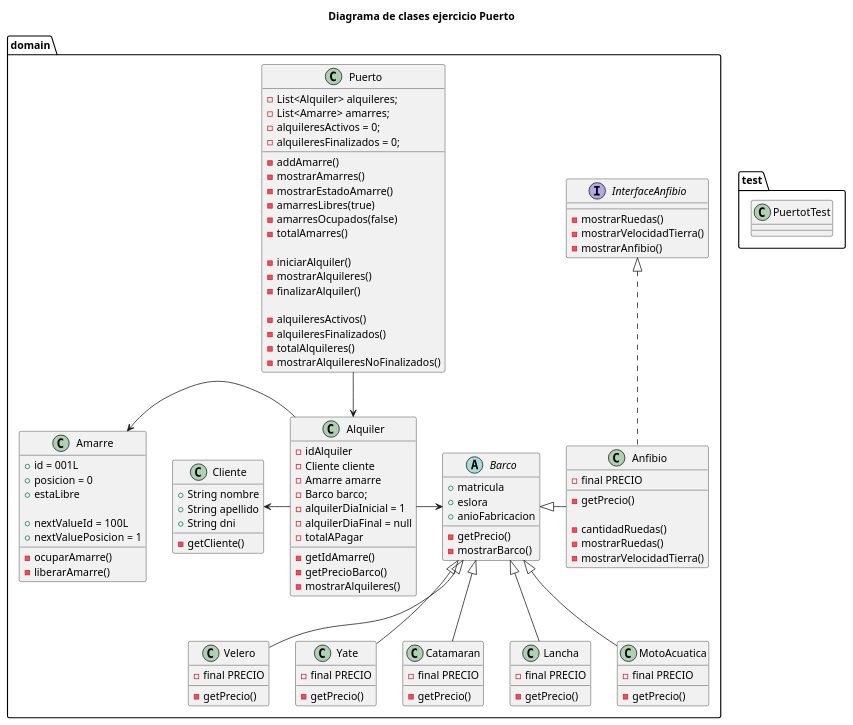
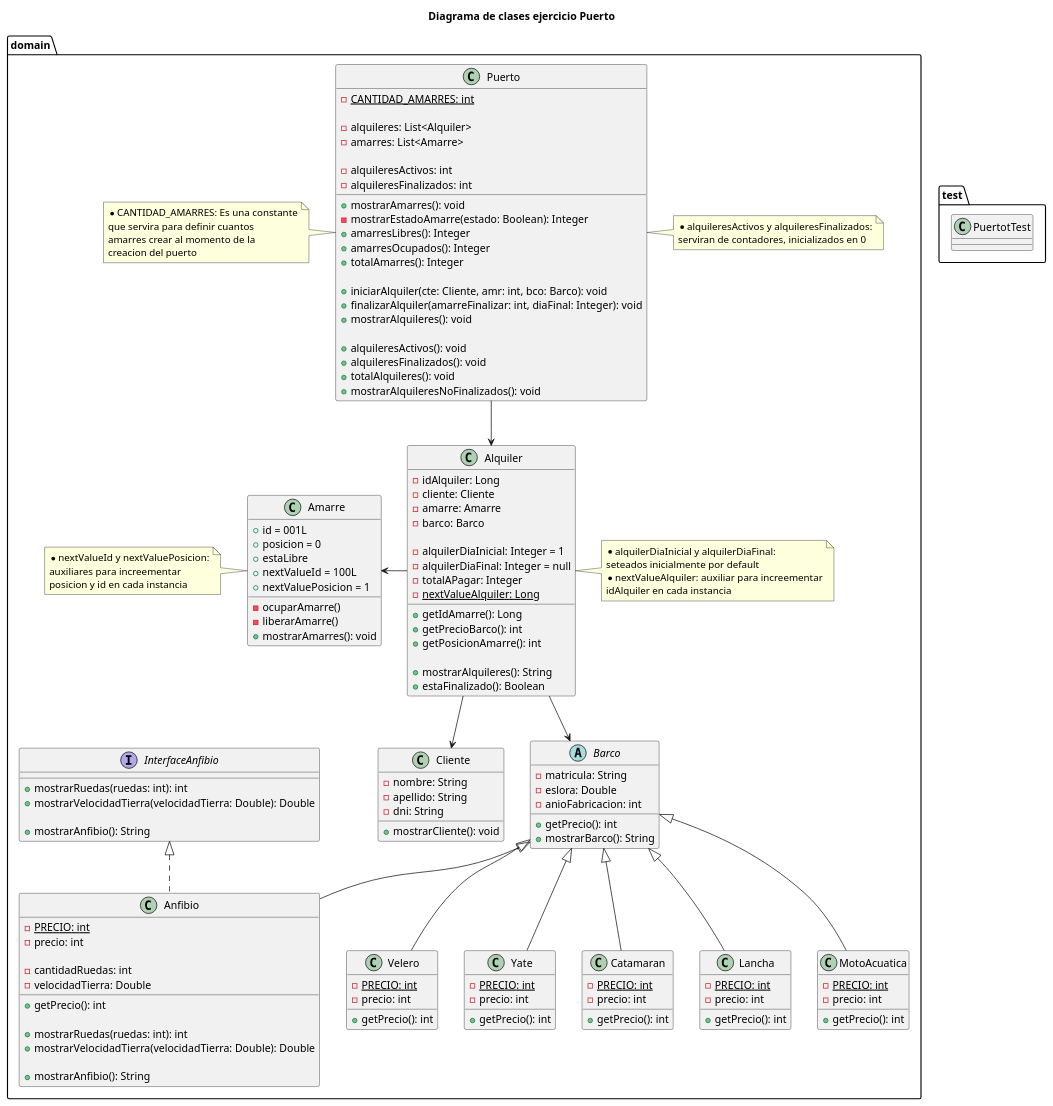
One commit to gioruanova/dvpoo20232cpuertoruanovajorge changed the diagram in bin/doc/diagrama-clases.puml. Above: the diagram before and after it, drawn with PlantUML. The commit also changed 24 other files, not shown here.

```diff
--- a/bin/doc/diagrama-clases.puml
+++ b/bin/doc/diagrama-clases.puml
@@ -1,142 +1,198 @@
 @startuml
 
 title Diagrama de clases ejercicio Puerto
 
 
 package domain{
 
 	class Puerto {
-	-List<Alquiler> alquileres;
-	-List<Amarre> amarres;
-	-alquileresActivos = 0;
-	-alquileresFinalizados = 0;
+	-{static} CANTIDAD_AMARRES: int
 	
-	-addAmarre()
-	-mostrarAmarres()
-	-mostrarEstadoAmarre()
-		-amarresLibres(true)
-		-amarresOcupados(false)
-	-totalAmarres()
+	-alquileres: List<Alquiler>
+	-amarres: List<Amarre>
 	
-	-iniciarAlquiler()
-	-mostrarAlquileres()
-	-finalizarAlquiler()
+	-alquileresActivos: int
+	-alquileresFinalizados: int
 	
-	-alquileresActivos()
-	-alquileresFinalizados()
-	-totalAlquileres()
-	-mostrarAlquileresNoFinalizados()
+	+mostrarAmarres(): void
+	-mostrarEstadoAmarre(estado: Boolean): Integer
+		+amarresLibres(): Integer
+		+amarresOcupados(): Integer
+	+totalAmarres(): Integer
+	
+	+iniciarAlquiler(cte: Cliente, amr: int, bco: Barco): void
+	+finalizarAlquiler(amarreFinalizar: int, diaFinal: Integer): void
+	+mostrarAlquileres(): void
+	
+	+alquileresActivos(): void
+	+alquileresFinalizados(): void
+	+totalAlquileres(): void
+	+mostrarAlquileresNoFinalizados(): void
 	}
+		note left of Puerto
+	*CANTIDAD_AMARRES: Es una constante 
+	que servira para definir cuantos 
+	amarres crear al momento de la 
+	creacion del puerto
+		end note
+	
+		note right of Puerto
+	*alquileresActivos y alquileresFinalizados:
+	serviran de contadores, inicializados en 0
+		end note
+	
 
 	class Alquiler {
-	-idAlquiler
-	-Cliente cliente
-	-Amarre amarre
-	-Barco barco;
-	-alquilerDiaInicial = 1
-	-alquilerDiaFinal = null
-	-totalAPagar
+	-idAlquiler: Long
+	-cliente: Cliente
+	-amarre: Amarre
+	-barco: Barco
 	
-	-getIdAmarre()
-	-getPrecioBarco()
-	-mostrarAlquileres()
+	-alquilerDiaInicial: Integer = 1
+	-alquilerDiaFinal: Integer = null
+	-totalAPagar: Integer
+	-{static} nextValueAlquiler: Long
 	
+	+getIdAmarre(): Long
+	+getPrecioBarco(): int
+	+getPosicionAmarre(): int
 	
+	+mostrarAlquileres(): String
+	+estaFinalizado(): Boolean
 	}
+	
+		note right of Alquiler
+	*alquilerDiaInicial y alquilerDiaFinal: 
+	seteados inicialmente por default
+	*nextValueAlquiler: auxiliar para increementar
+	idAlquiler en cada instancia
+		end note
+	
 
 	class Amarre {
 	+id = 001L
 	+posicion = 0
 	+estaLibre
-	
 	+nextValueId = 100L
 	+nextValuePosicion = 1
 	
 	-ocuparAmarre()
 	-liberarAmarre()
+	+mostrarAmarres(): void
 	}
+	
+		note left of Amarre
+	*nextValueId y nextValuePosicion:
+	auxiliares para increementar
+	posicion y id en cada instancia
+		end note
+
 
 	class Cliente {
-	+String nombre
-	+String apellido
-	+String dni
+	-nombre: String
+	-apellido: String
+	-dni: String
 	
-	-getCliente()
+	+mostrarCliente(): void
+	
 	}
+	
 
 	abstract class Barco {
-	+matricula
-	+eslora
-	+anioFabricacion
+	-matricula: String
+	-eslora: Double
+	-anioFabricacion: int
 	
-	-getPrecio()
-	-mostrarBarco()
+	+getPrecio(): int
+	+mostrarBarco(): String
 	}
 	
 	
 	class Velero{
-	-final PRECIO
-	-getPrecio()
+	-{static} PRECIO: int
+	-precio: int
+	
+	+getPrecio(): int
 	}
 	
+	
 	class Yate{
-	-final PRECIO
-	-getPrecio()
+	-{static} PRECIO: int
+	-precio: int
+	
+	+getPrecio(): int
 	}
 	
+	
 	class Catamaran{
-	-final PRECIO
-	-getPrecio()
+	-{static} PRECIO: int
+	-precio: int
+	
+	+getPrecio(): int
 	}
 	
+	
 	class Lancha{
-	-final PRECIO
-	-getPrecio()
+	-{static} PRECIO: int
+	-precio: int
+	
+	+getPrecio(): int
 	}
 	
+	
 	class MotoAcuatica{
-	-final PRECIO
-	-getPrecio()
+	-{static} PRECIO: int
+	-precio: int
+	
+	+getPrecio(): int
 	}
 	
+	
 	class Anfibio{
-	-final PRECIO
-	-getPrecio()
+	-{static} PRECIO: int
+	-precio: int
 	
-	-cantidadRuedas()
-	-mostrarRuedas()
-	-mostrarVelocidadTierra()
+	-cantidadRuedas: int
+	-velocidadTierra: Double
+	
+	+getPrecio(): int
+	
+	+mostrarRuedas(ruedas: int): int
+	+mostrarVelocidadTierra(velocidadTierra: Double): Double
+	
+	+mostrarAnfibio(): String
 	}
 	
+	
 	interface InterfaceAnfibio{
-	-mostrarRuedas()
-	-mostrarVelocidadTierra()
-	-mostrarAnfibio()
-
+	+mostrarRuedas(ruedas: int): int
+	+mostrarVelocidadTierra(velocidadTierra: Double): Double
+	
+	+mostrarAnfibio(): String
 	}
-	
 }
 
 	package test{
 	class PuertotTest
 	}
 	
 	
 	
 Puerto --> Alquiler
+Alquiler -down-> Cliente
 Alquiler -left-> Amarre
-Alquiler -left-> Cliente
-Alquiler -right-> Barco
+
+Alquiler -down-> Barco
 
 Barco <|-- Velero
 Barco <|-- Yate
 Barco <|-- Catamaran
 Barco <|-- Lancha
-Barco <|-right- Anfibio
+Barco <|-- Anfibio
 Barco <|-- MotoAcuatica
 
-InterfaceAnfibio <|.. Anfibio
+InterfaceAnfibio <|.down. Anfibio
 
 
 
 @enduml
```
